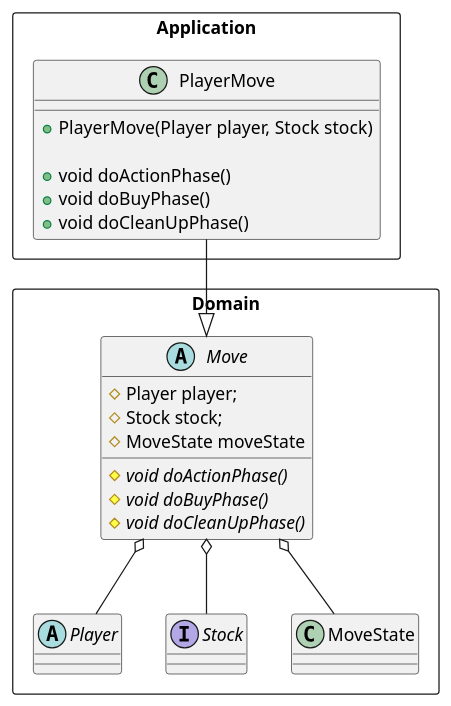
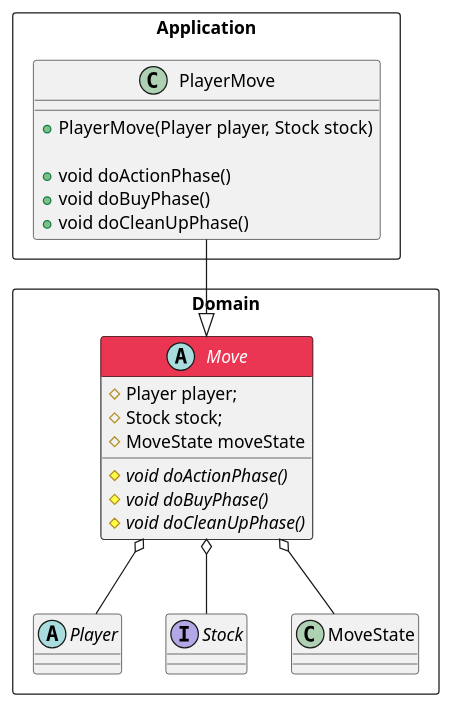
Before and after one commit to Splines/dominion-cli: the diagram in uml/dependency-rule/2-positive.puml, drawn with PlantUML. The commit also changed 1 other file, not shown here.

Commit message:
Add highlight to most important classes (focus)
(by using skinparam classHeaderBackgroundColor on hidden stereotypes)

```diff
--- a/uml/dependency-rule/2-positive.puml
+++ b/uml/dependency-rule/2-positive.puml
@@ -1,44 +1,50 @@
 @startuml dependency-rule-positive-2
+
+skinparam classFontColor automatic
+skinparam classHeaderBackgroundColor<<Important>> #EA3652
+hide stereotype
 
 package Domain <<Rectangle>> {
 
     abstract class Player {
     }
 
     interface Stock {
     }
 
     class MoveState {
     }
 
     abstract class Move {
         # Player player;
         # Stock stock;
         # MoveState moveState
 
         # {abstract} void doActionPhase()
         # {abstract} void doBuyPhase()
         # {abstract} void doCleanUpPhase()
     }
 
 }
 
 package Application <<Rectangle>> {
 
     class PlayerMove {
         + PlayerMove(Player player, Stock stock)
 
         + void doActionPhase()
         + void doBuyPhase()
         + void doCleanUpPhase()
     }
 
 }
 
+Move<<Important>>
+
 PlayerMove --|> Move
 
 Move o-- Player
 Move o-- Stock
 Move o-- MoveState
 
 @enduml
```
